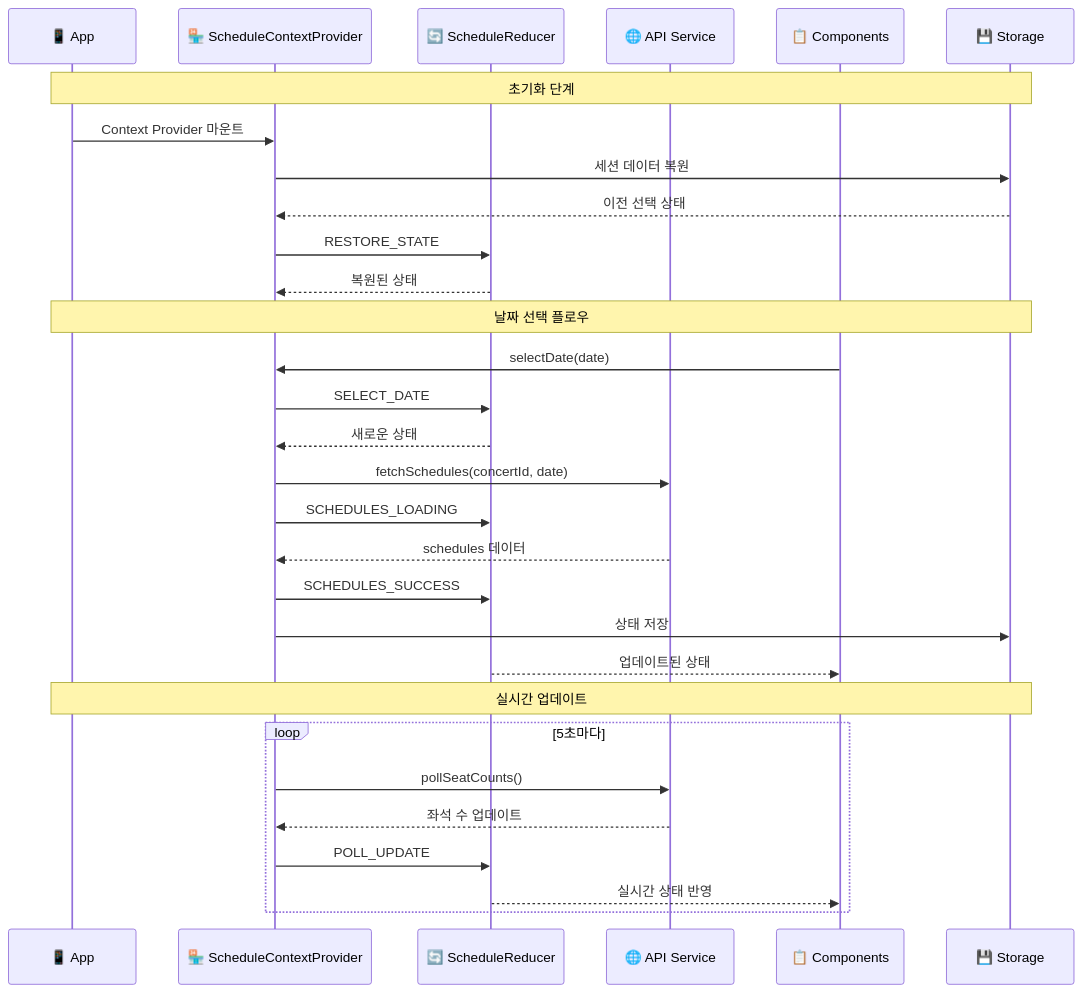
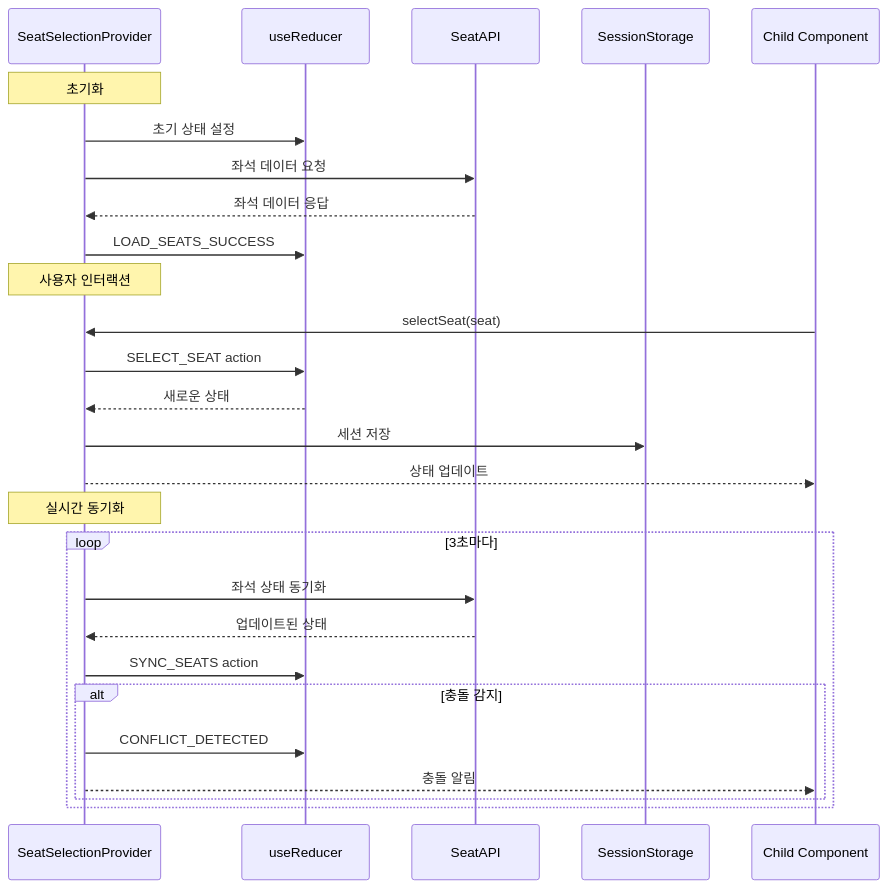
One commit to makerjkk/vmc-3-ticket-booking changed the fourth of 4 diagrams in docs/state-management.md. Above: the diagram before and after it, drawn with Mermaid. The commit also changed other lines of this file and 56 other files, not shown here.

Commit message:
유저플로우 #4: 예약 페이지 - 좌석 선택

````diff
--- a/docs/state-management.md
+++ b/docs/state-management.md
@@ -121,35 +584,32 @@
 ```mermaid
 sequenceDiagram
-    participant App as 📱 App
-    participant SCP as 🏪 ScheduleContextProvider
-    participant SR as 🔄 ScheduleReducer
-    participant API as 🌐 API Service
-    participant Comp as 📋 Components
-    participant Storage as 💾 Storage
+    participant Provider as SeatSelectionProvider
+    participant Reducer as useReducer
+    participant API as SeatAPI
+    participant Session as SessionStorage
+    participant Component as Child Component
     
-    Note over App,Storage: 초기화 단계
-    App->>SCP: Context Provider 마운트
-    SCP->>Storage: 세션 데이터 복원
-    Storage-->>SCP: 이전 선택 상태
-    SCP->>SR: RESTORE_STATE
-    SR-->>SCP: 복원된 상태
+    Note over Provider: 초기화
+    Provider->>Reducer: 초기 상태 설정
+    Provider->>API: 좌석 데이터 요청
+    API-->>Provider: 좌석 데이터 응답
+    Provider->>Reducer: LOAD_SEATS_SUCCESS
     
-    Note over App,Storage: 날짜 선택 플로우
-    Comp->>SCP: selectDate(date)
-    SCP->>SR: SELECT_DATE
-    SR-->>SCP: 새로운 상태
-    SCP->>API: fetchSchedules(concertId, date)
-    SCP->>SR: SCHEDULES_LOADING
-    API-->>SCP: schedules 데이터
-    SCP->>SR: SCHEDULES_SUCCESS
-    SCP->>Storage: 상태 저장
-    SR-->>Comp: 업데이트된 상태
+    Note over Provider: 사용자 인터랙션
+    Component->>Provider: selectSeat(seat)
+    Provider->>Reducer: SELECT_SEAT action
+    Reducer-->>Provider: 새로운 상태
+    Provider->>Session: 세션 저장
+    Provider-->>Component: 상태 업데이트
     
-    Note over App,Storage: 실시간 업데이트
-    loop 5초마다
-        SCP->>API: pollSeatCounts()
-        API-->>SCP: 좌석 수 업데이트
-        SCP->>SR: POLL_UPDATE
-        SR-->>Comp: 실시간 상태 반영
+    Note over Provider: 실시간 동기화
+    loop 3초마다
+        Provider->>API: 좌석 상태 동기화
+        API-->>Provider: 업데이트된 상태
+        Provider->>Reducer: SYNC_SEATS action
+        alt 충돌 감지
+            Provider->>Reducer: CONFLICT_DETECTED
+            Provider-->>Component: 충돌 알림
+        end
     end
 ```
````
